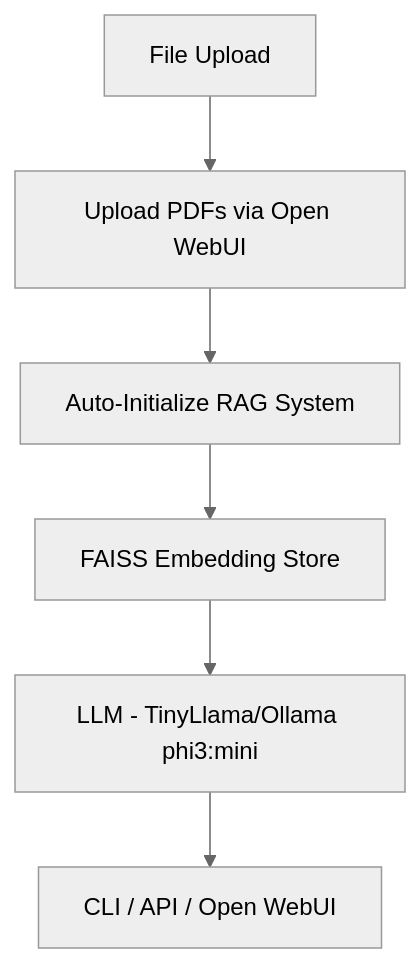
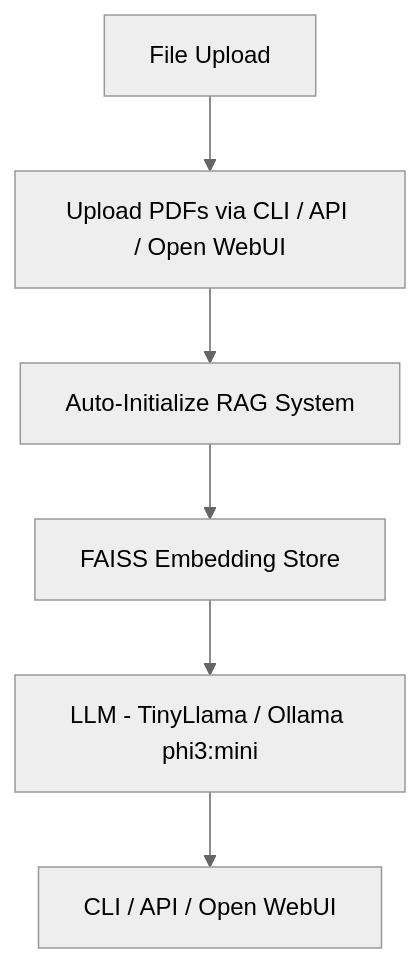
One commit to NayanEupho/IPR_RAG_Chat changed the diagram in README.md. Above: the diagram before and after it, drawn with Mermaid (neutral theme).

Commit message:
small changes to README.md

````diff
--- a/README.md
+++ b/README.md
@@ -27,8 +27,8 @@
 ```mermaid
 graph TD;
-    A[Upload PDFs via Open WebUI] --> B[Auto-Initialize RAG System];
+    A[Upload PDFs via CLI / API / Open WebUI] --> B[Auto-Initialize RAG System];
     B --> C[FAISS Embedding Store];
-    C --> D[LLM - TinyLlama/Ollama phi3:mini];
+    C --> D[LLM - TinyLlama / Ollama phi3:mini];
     D --> E[CLI / API / Open WebUI];
     F[File Upload] --> A;
 ```
````
